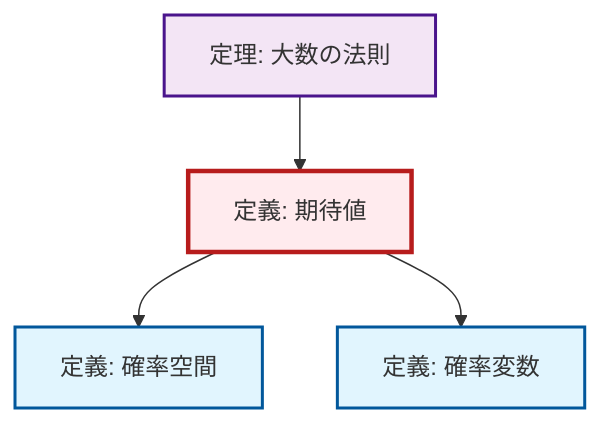
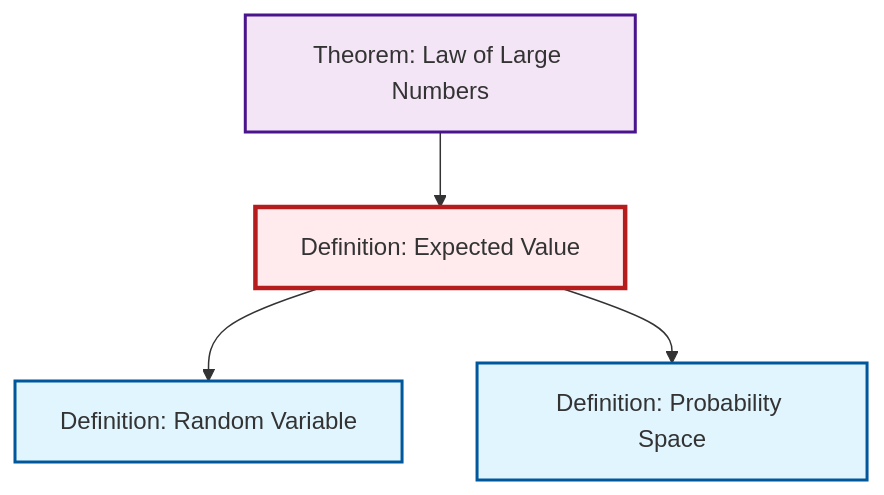
Before and after one commit to RK0429/ModernMath: the second of 2 diagrams in content/ja/probability-statistics/def-expectation.qmd, drawn with Mermaid. The commit also changed 203 other files, not shown here.

````diff
--- a/content/ja/probability-statistics/def-expectation.qmd
+++ b/content/ja/probability-statistics/def-expectation.qmd
@@ -81,21 +81,17 @@
 ```{mermaid}
-%%| fig-cap: "局所依存関係グラフ"
+%%| fig-cap: "Local dependency graph"
 graph TD
     classDef definition fill:#e1f5fe,stroke:#01579b,stroke-width:2px
     classDef theorem fill:#f3e5f5,stroke:#4a148c,stroke-width:2px
     classDef axiom fill:#fff3e0,stroke:#e65100,stroke-width:2px
     classDef example fill:#e8f5e9,stroke:#1b5e20,stroke-width:2px
     classDef current fill:#ffebee,stroke:#b71c1c,stroke-width:3px
-    thm-law-of-large-numbers["定理: 大数の法則"]:::theorem
-    def-probability-space["定義: 確率空間"]:::definition
-    def-random-variable["定義: 確率変数"]:::definition
-    def-expectation["定義: 期待値"]:::definition
+    def-expectation["Definition: Expected Value"]:::definition
+    thm-law-of-large-numbers["Theorem: Law of Large Numbers"]:::theorem
+    def-random-variable["Definition: Random Variable"]:::definition
+    def-probability-space["Definition: Probability Space"]:::definition
     thm-law-of-large-numbers --> def-expectation
+    def-expectation --> def-random-variable
     def-expectation --> def-probability-space
-    def-expectation --> def-random-variable
     class def-expectation current
-
-    click thm-law-of-large-numbers "thm-law-of-large-numbers.html" "Go to 定理: 大数の法則"
-    click def-probability-space "def-probability-space.html" "Go to 定義: 確率空間"
-    click def-random-variable "def-random-variable.html" "Go to 定義: 確率変数"
 ```
````
